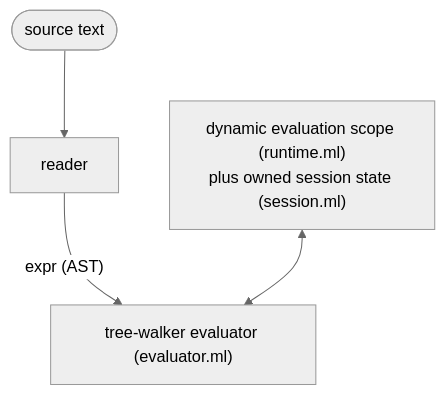
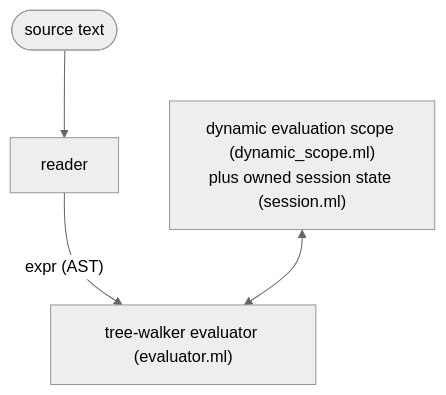
The diagram in docs/ARCHITECTURE.md (pranavra0/pp), drawn with Mermaid (neutral theme) before and after one commit. The commit also changed other lines of this file and 47 other files, not shown here.

Commit message:
refactor: narrow dynamic evaluation scope

````diff
--- a/docs/ARCHITECTURE.md
+++ b/docs/ARCHITECTURE.md
@@ -10,11 +10,11 @@
 ```mermaid
 flowchart TD
     src([source text])
     reader[reader]
     walker["tree-walker evaluator (evaluator.ml)"]
-    runtime["dynamic evaluation scope (runtime.ml)<br/>plus owned session state (session.ml)"]
+    runtime["dynamic evaluation scope (dynamic_scope.ml)<br/>plus owned session state (session.ml)"]
 
     src --> reader
     reader -- "expr (AST)" --> walker
     runtime <--> walker
 ```
````
